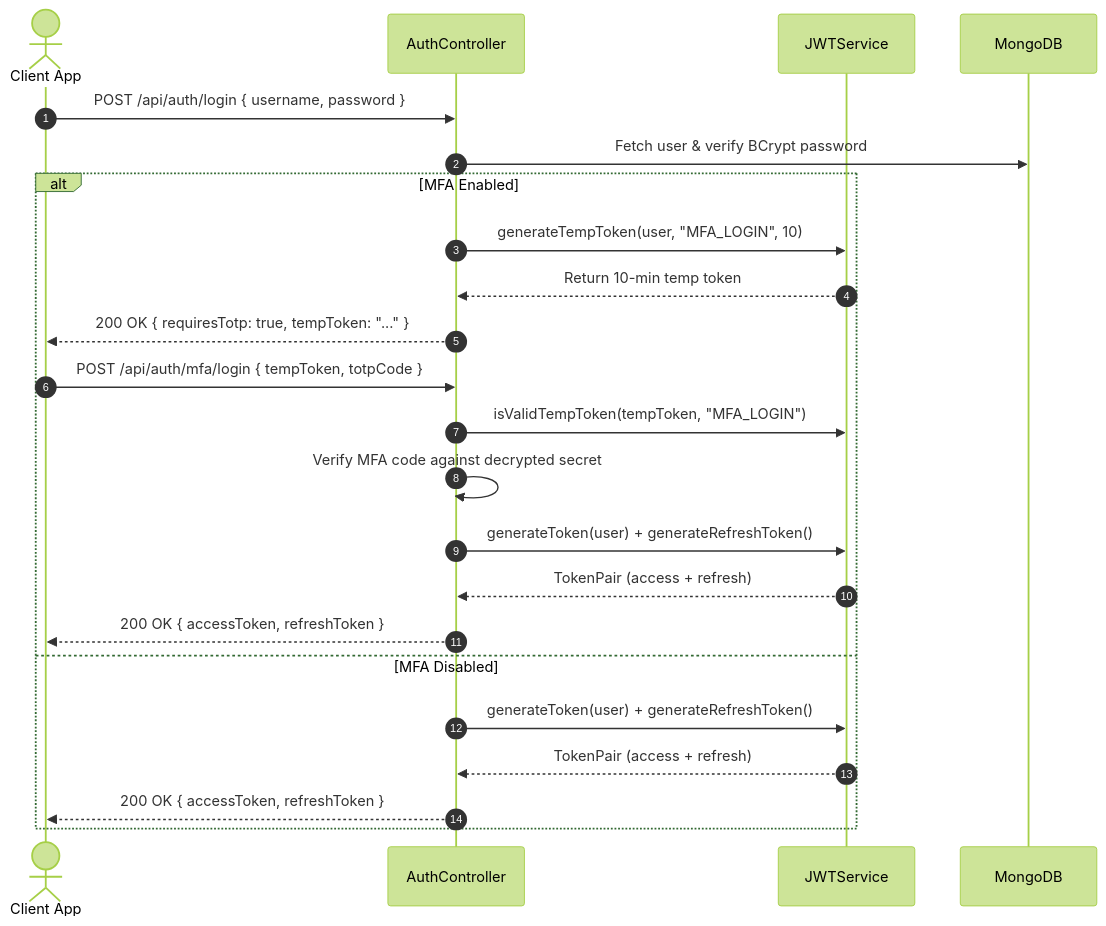
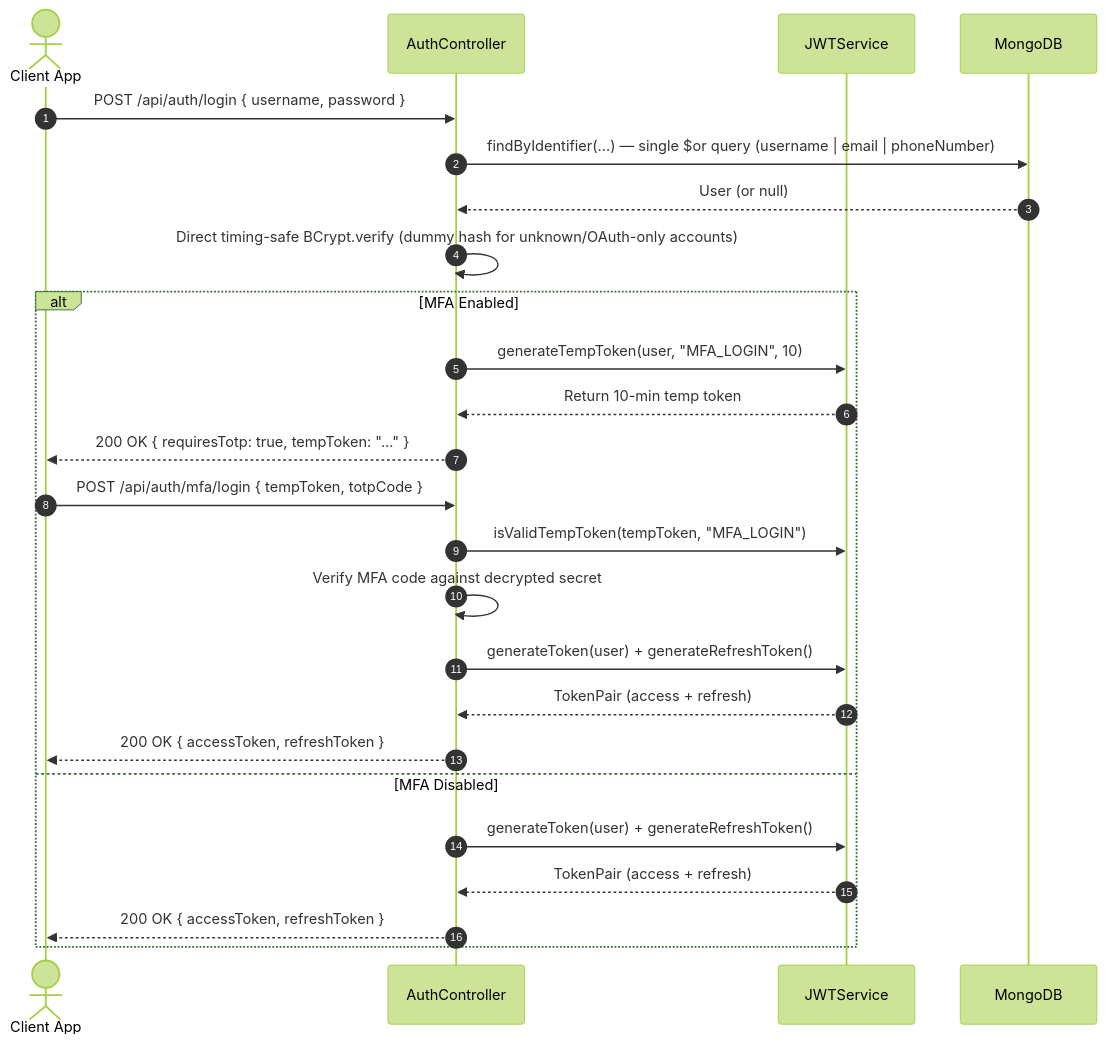
The fourth of 5 diagrams in backend/src/main/java/com/urva/myfinance/coinTrack/security/README.md (urvagandhi/coinTrack), drawn with Mermaid (forest theme) before and after one commit. The commit also changed other lines of this file and 17 other files, not shown here.

````diff
--- a/backend/src/main/java/com/urva/myfinance/coinTrack/security/README.md
+++ b/backend/src/main/java/com/urva/myfinance/coinTrack/security/README.md
@@ -437,26 +449,28 @@
 ```mermaid
 sequenceDiagram
     autonumber
     actor Client as Client App
     participant Auth as AuthController
     participant JWT as JWTService
     participant DB as MongoDB
 
     Client->>Auth: POST /api/auth/login { username, password }
-    Auth->>DB: Fetch user & verify BCrypt password
+    Auth->>DB: findByIdentifier(...) — single $or query (username | email | phoneNumber)
+    DB-->>Auth: User (or null)
+    Auth->>Auth: Direct timing-safe BCrypt.verify (dummy hash for unknown/OAuth-only accounts)
     alt MFA Enabled
         Auth->>JWT: generateTempToken(user, "MFA_LOGIN", 10)
         JWT-->>Auth: Return 10-min temp token
         Auth-->>Client: 200 OK { requiresTotp: true, tempToken: "..." }
         Client->>Auth: POST /api/auth/mfa/login { tempToken, totpCode }
         Auth->>JWT: isValidTempToken(tempToken, "MFA_LOGIN")
         Auth->>Auth: Verify MFA code against decrypted secret
         Auth->>JWT: generateToken(user) + generateRefreshToken()
         JWT-->>Auth: TokenPair (access + refresh)
         Auth-->>Client: 200 OK { accessToken, refreshToken }
     else MFA Disabled
         Auth->>JWT: generateToken(user) + generateRefreshToken()
         JWT-->>Auth: TokenPair (access + refresh)
         Auth-->>Client: 200 OK { accessToken, refreshToken }
     end
 ```
````
